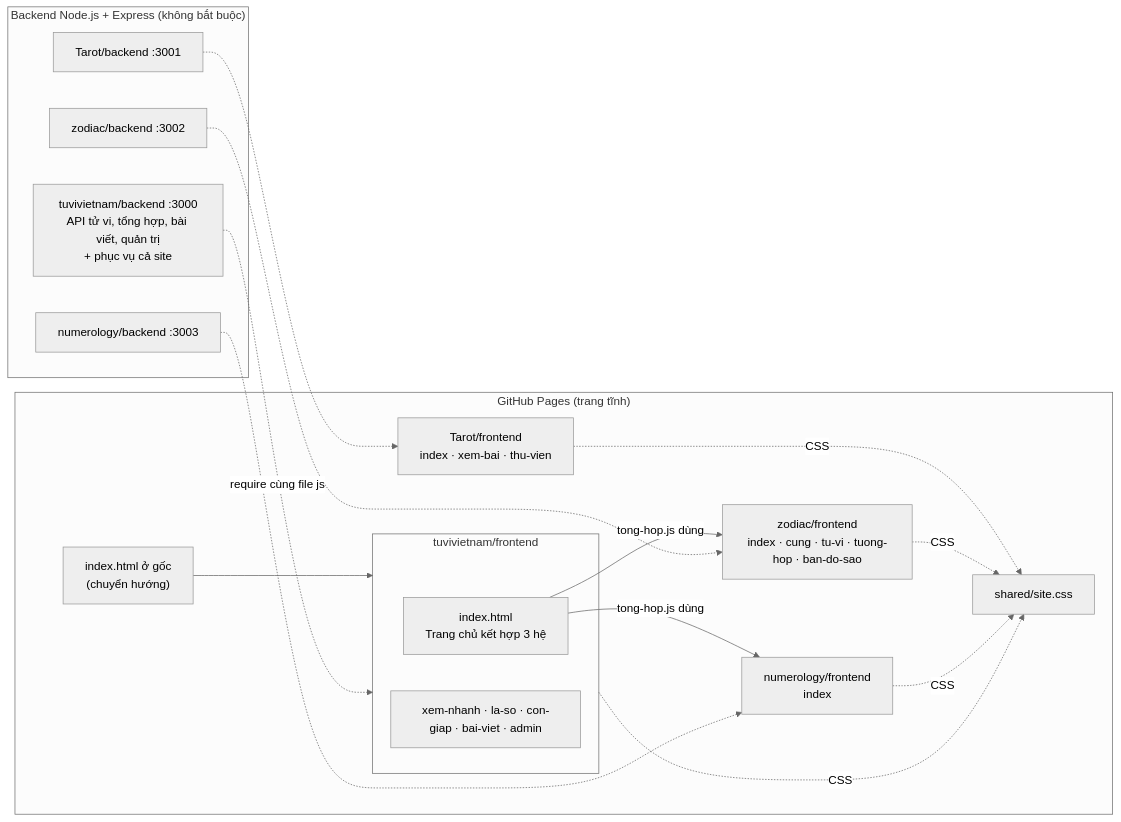
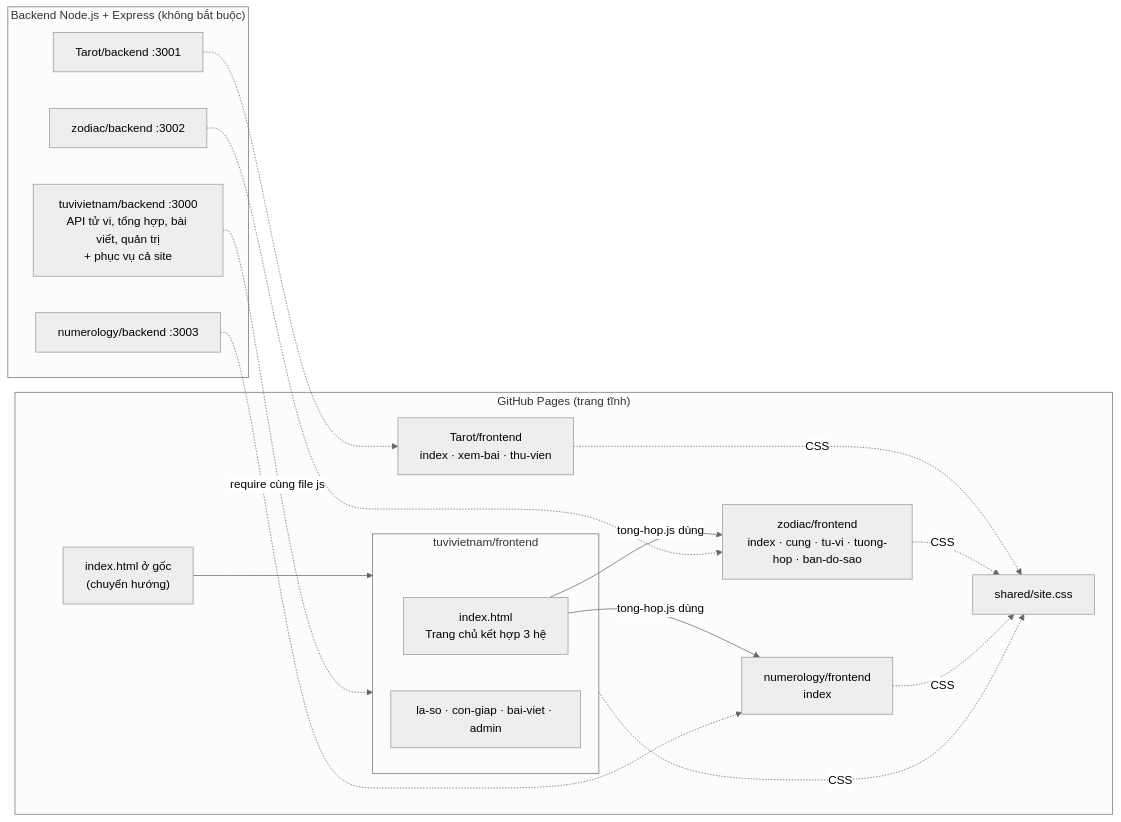
The diagram in README.md (nakame9/Spiritual), drawn with Mermaid (neutral theme) before and after one commit. The commit also changed 17 other files, not shown here.

First line of the commit message:
Xóa trang Xem tử vi nhanh

````diff
--- a/README.md
+++ b/README.md
@@ -10,27 +10,27 @@
 ```mermaid
 flowchart LR
   subgraph Pages["GitHub Pages (trang tĩnh)"]
     G["index.html ở gốc\n(chuyển hướng)"] --> TV
     subgraph TV["tuvivietnam/frontend"]
       home["index.html\nTrang chủ kết hợp 3 hệ"]
-      tvp["xem-nhanh · la-so · con-giap · bai-viet · admin"]
+      tvp["la-so · con-giap · bai-viet · admin"]
     end
     TA["Tarot/frontend\nindex · xem-bai · thu-vien"]
     ZO["zodiac/frontend\nindex · cung · tu-vi · tuong-hop · ban-do-sao"]
     NU["numerology/frontend\nindex"]
     SH["shared/site.css"]
   end
   home -- "tong-hop.js dùng" --> ZO
   home -- "tong-hop.js dùng" --> NU
   TV & TA & ZO & NU -. CSS .-> SH
   subgraph BE["Backend Node.js + Express (không bắt buộc)"]
     B0["tuvivietnam/backend :3000\nAPI tử vi, tổng hợp, bài viết, quản trị\n+ phục vụ cả site"]
     B1["Tarot/backend :3001"]
     B2["zodiac/backend :3002"]
     B3["numerology/backend :3003"]
   end
   B0 -. "require cùng file js" .-> TV
   B1 -.-> TA
   B2 -.-> ZO
   B3 -.-> NU
 ```
````
